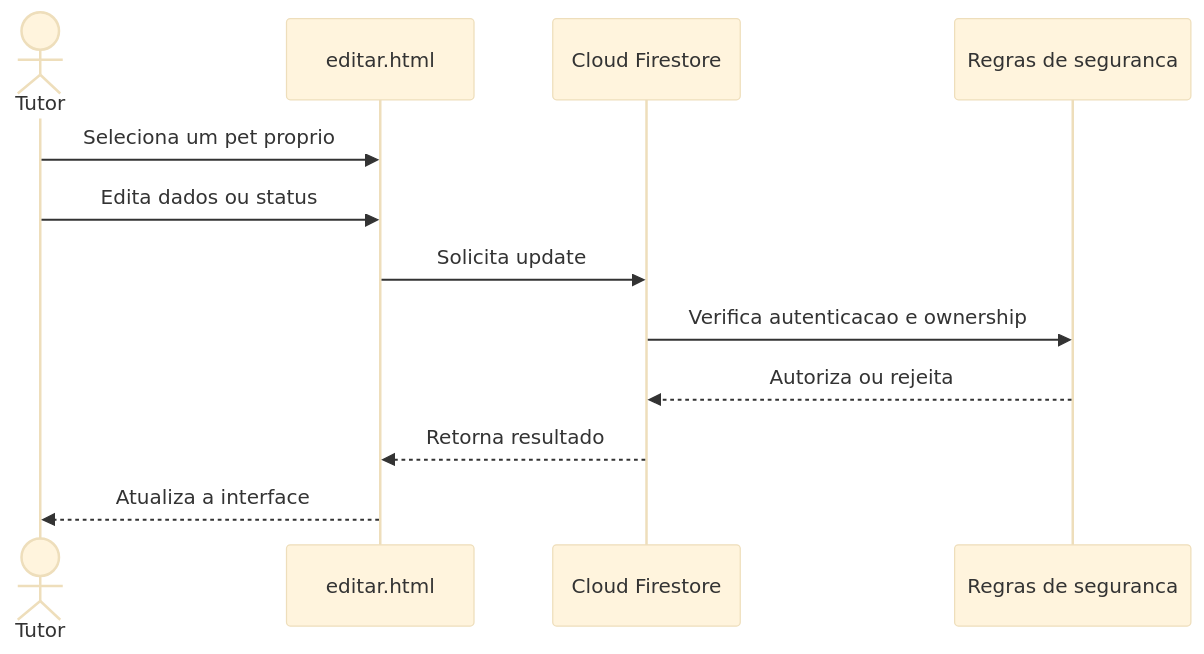
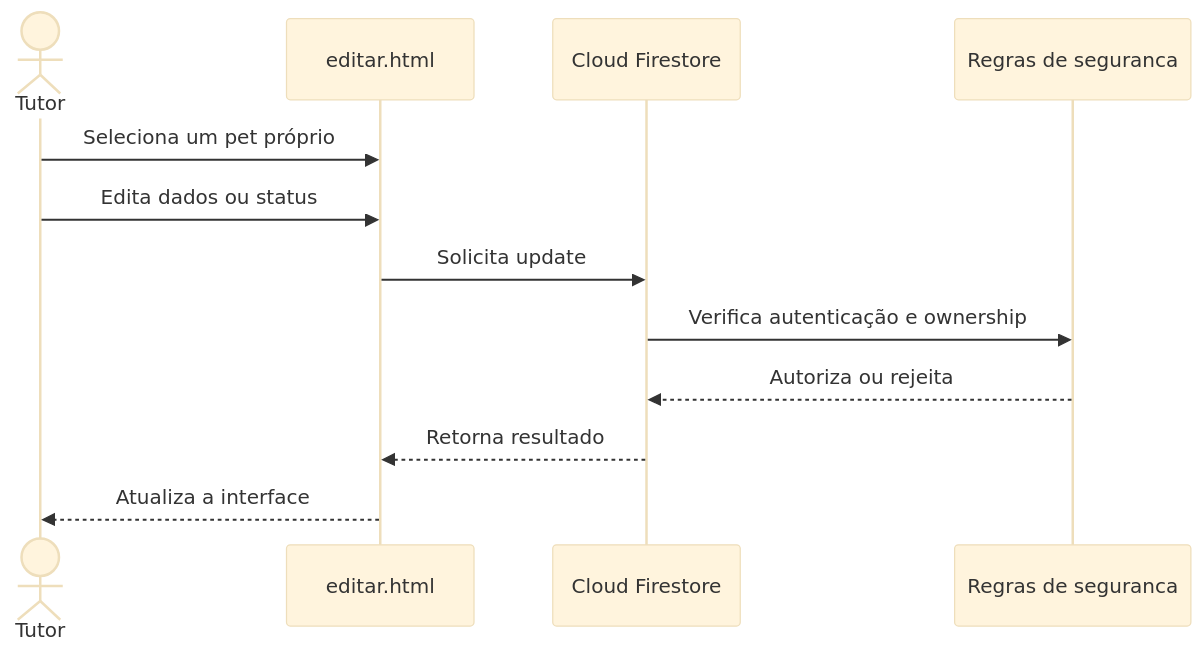
The seventh of 16 diagrams in docs/modelagem-site.md (Reminsonrps/PetConecta), drawn with Mermaid (base theme) before and after one commit. The commit also changed other lines of this file and 3 other files, not shown here.

````diff
--- a/docs/modelagem-site.md
+++ b/docs/modelagem-site.md
@@ -408,15 +408,15 @@
 ```mermaid
 sequenceDiagram
     actor Tutor
     participant Tela as editar.html
     participant Firestore as Cloud Firestore
     participant Regras as Regras de seguranca
 
-    Tutor->>Tela: Seleciona um pet proprio
+    Tutor->>Tela: Seleciona um pet próprio
     Tutor->>Tela: Edita dados ou status
     Tela->>Firestore: Solicita update
-    Firestore->>Regras: Verifica autenticacao e ownership
+    Firestore->>Regras: Verifica autenticação e ownership
     Regras-->>Firestore: Autoriza ou rejeita
     Firestore-->>Tela: Retorna resultado
     Tela-->>Tutor: Atualiza a interface
 ```
````
